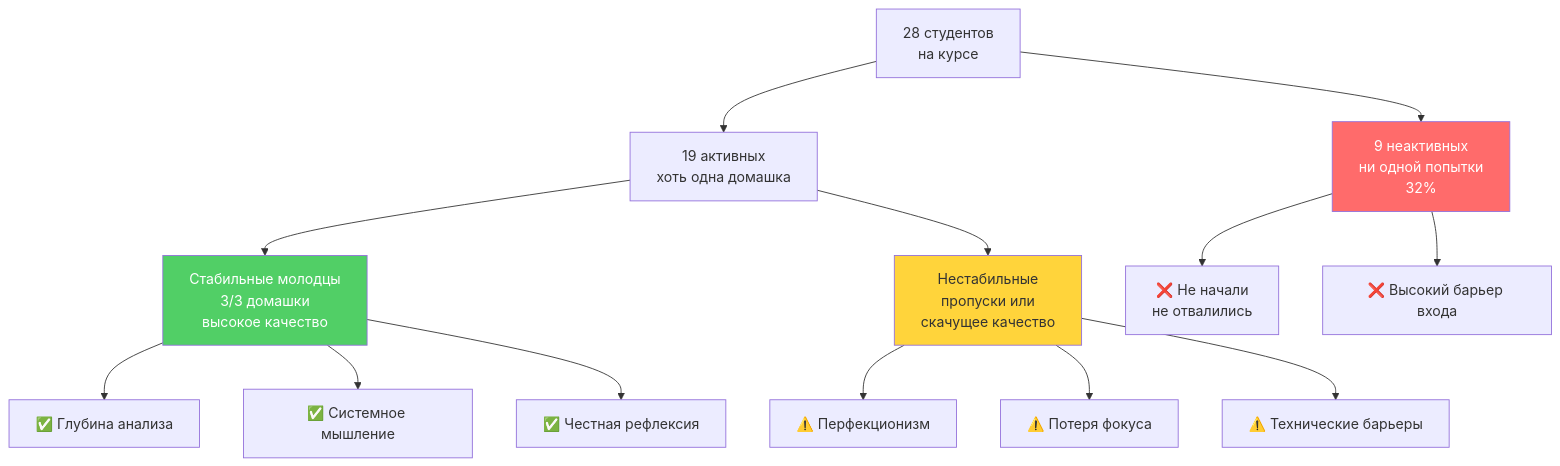
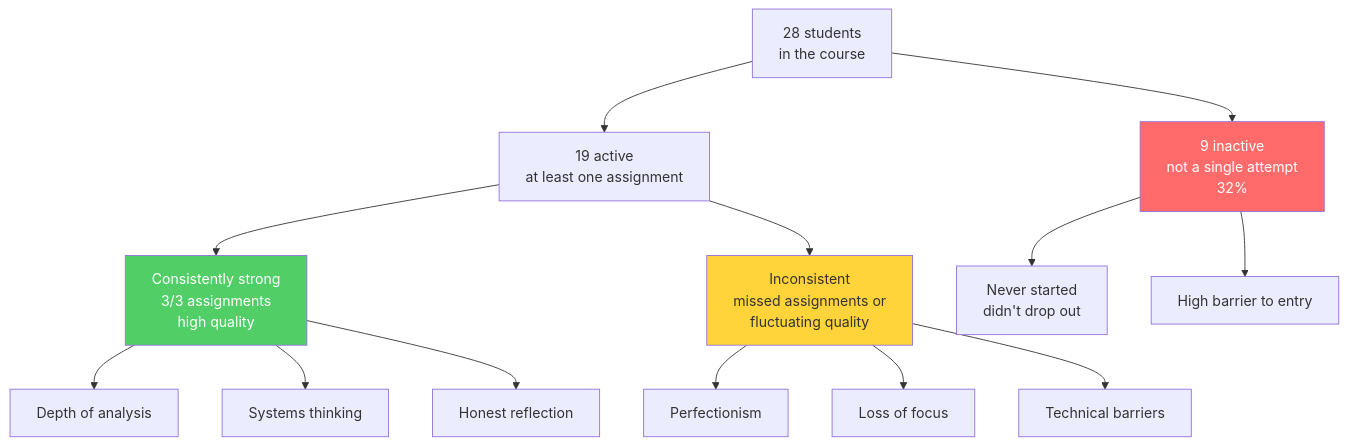
The ninth of 16 diagrams in materials/workshop4.md (ad3002/masters-course-2025-vibe-coding), drawn with Mermaid before and after one commit. The commit also changed other lines of this file, not shown here.

````diff
--- a/materials/workshop4.md
+++ b/materials/workshop4.md
@@ -357,23 +357,23 @@
 ```mermaid
 graph TB
-    ALL[28 студентов<br/>на курсе] --> ACTIVE[19 активных<br/>хоть одна домашка]
-    ALL --> GHOST[9 неактивных<br/>ни одной попытки<br/>32%]
+    ALL[28 students<br/>in the course] --> ACTIVE[19 active<br/>at least one assignment]
+    ALL --> GHOST[9 inactive<br/>not a single attempt<br/>32%]
 
-    ACTIVE --> STABLE[Стабильные молодцы<br/>3/3 домашки<br/>высокое качество]
-    ACTIVE --> UNSTABLE[Нестабильные<br/>пропуски или<br/>скачущее качество]
+    ACTIVE --> STABLE[Consistently strong<br/>3/3 assignments<br/>high quality]
+    ACTIVE --> UNSTABLE[Inconsistent<br/>missed assignments or<br/>fluctuating quality]
 
-    STABLE --> S1[✅ Глубина анализа]
-    STABLE --> S2[✅ Системное мышление]
-    STABLE --> S3[✅ Честная рефлексия]
+    STABLE --> S1[Depth of analysis]
+    STABLE --> S2[Systems thinking]
+    STABLE --> S3[Honest reflection]
 
-    UNSTABLE --> U1[⚠️ Перфекционизм]
-    UNSTABLE --> U2[⚠️ Потеря фокуса]
-    UNSTABLE --> U3[⚠️ Технические барьеры]
+    UNSTABLE --> U1[Perfectionism]
+    UNSTABLE --> U2[Loss of focus]
+    UNSTABLE --> U3[Technical barriers]
 
-    GHOST --> G1[❌ Не начали<br/>не отвалились]
-    GHOST --> G2[❌ Высокий барьер входа]
+    GHOST --> G1[Never started<br/>didn't drop out]
+    GHOST --> G2[High barrier to entry]
 
     style STABLE fill:#51cf66,color:#fff
     style UNSTABLE fill:#ffd43b
     style GHOST fill:#ff6b6b,color:#fff
 ```
````
